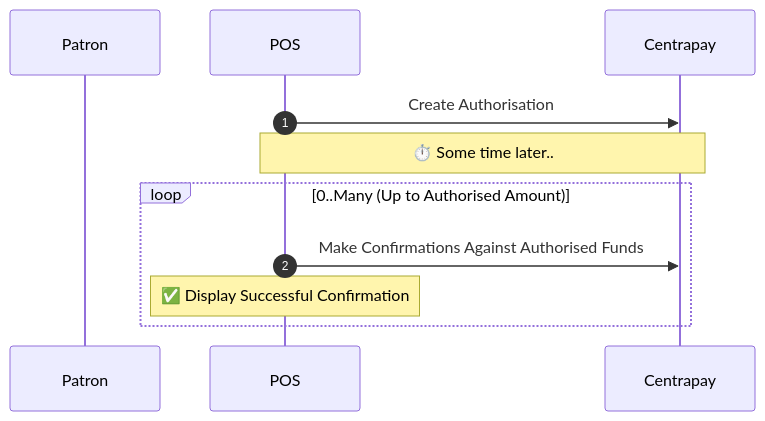
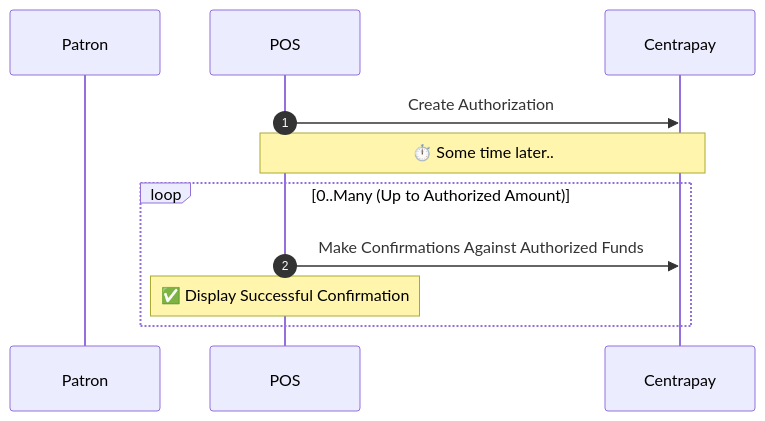
Before and after one commit to centrapay/centrapay-docs: the third of 4 diagrams in content/guides/requesting-pre-auth.md, drawn with Mermaid. The commit also changed other lines of this file and 4 other files, not shown here.

````diff
--- a/content/guides/requesting-pre-auth.md
+++ b/content/guides/requesting-pre-auth.md
@@ -91,17 +91,17 @@
 ```mermaid
 sequenceDiagram
 	autonumber
 
 	participant P as Patron
 	participant POS
 	participant C as Centrapay
 
-	POS->>C: Create Authorisation
+	POS->>C: Create Authorization
 
 	note over POS, C: ⏱️ Some time later..
 
-	loop 0..Many (Up to Authorised Amount)
-		POS->>C: Make Confirmations Against Authorised Funds
+	loop 0..Many (Up to Authorized Amount)
+		POS->>C: Make Confirmations Against Authorized Funds
 		Note over POS: ✅ Display Successful Confirmation
 	end
 ```
````
